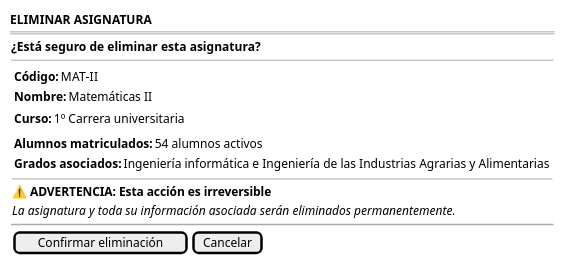
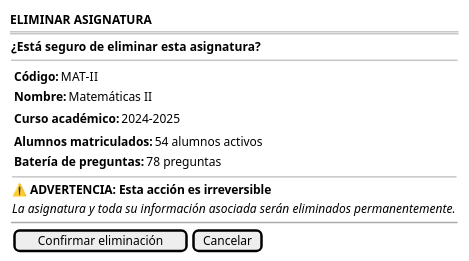
Before and after one commit to martinlopez7/25-26-IdSw1-SdR: the diagram in documents/casos-de-uso/prototipadoCasosDeUso/eliminarAsignatura/eliminarAsignatura.puml, drawn with PlantUML. The commit also changed 1 other file, not shown here.

```diff
--- a/documents/casos-de-uso/prototipadoCasosDeUso/eliminarAsignatura/eliminarAsignatura.puml
+++ b/documents/casos-de-uso/prototipadoCasosDeUso/eliminarAsignatura/eliminarAsignatura.puml
@@ -1,34 +1,31 @@
 @startsalt eliminarAsignatura-wireframe
 {
     <b>ELIMINAR ASIGNATURA</b>
     ===
     {
         <b>¿Está seguro de eliminar esta asignatura?</b>
         --
         { 
             { 
                 {<b>Código:</b> | MAT-II}
                 {<b>Nombre:</b> | Matemáticas II}
             }
             { 
-                {<b>Curso:</b> | 1º Carrera universitaria}
-                
-            }
-            { 
+                {<b>Curso académico:</b> | 2024-2025}
                
             }
             {
                 {<b>Alumnos matriculados:</b> | 54 alumnos activos}
-                {<b>Grados asociados:</b> | Ingeniería informática e Ingeniería de las Industrias Agrarias y Alimentarias}
+                {<b>Batería de preguntas:</b> | 78 preguntas}
             }
             --
             <b>⚠️ ADVERTENCIA: Esta acción es irreversible</b>
             <i>La asignatura y toda su información asociada serán eliminados permanentemente.</i>
         }
 
         ~~
 
         {[Confirmar eliminación] | [Cancelar]}
     }
 }
 @endsalt
```
